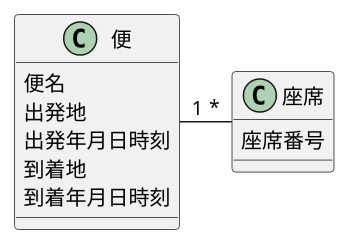
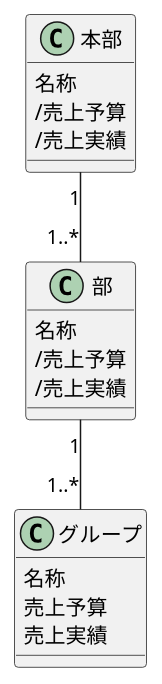
One commit to yinm/uml-modeling-lesson changed the diagram in ch05/sample.puml. Above: the diagram before and after it, drawn with PlantUML.

Commit message:
Add lesson13

```diff
--- a/ch05/sample.puml
+++ b/ch05/sample.puml
@@ -1,17 +1,24 @@
 @startuml
 
-class 便 {
-  便名
-  出発地
-  出発年月日時刻
-  到着地
-  到着年月日時刻
+class 本部 {
+  名称
+  /売上予算
+  /売上実績
 }
 
-class 座席 {
-  座席番号
+class 部 {
+  名称
+  /売上予算
+  /売上実績
 }
 
-便 "1"-right-"*" 座席
+class グループ {
+  名称
+  売上予算
+  売上実績
+}
+
+本部 "1"--"1..*" 部
+部 "1"--"1..*" グループ
 
 @enduml
```
